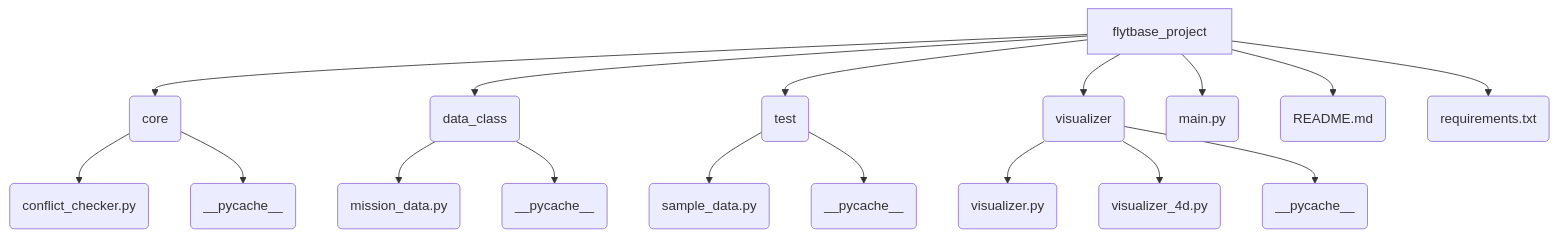
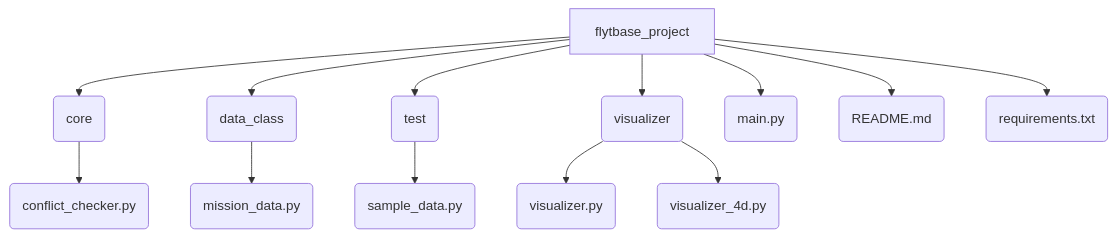
Before and after one commit to nishchayrobotics/drone-deconfliction-system: the diagram in README.md, drawn with Mermaid. The commit also changed other lines of this file and 5 other files, not shown here.

````diff
--- a/README.md
+++ b/README.md
@@ -82,25 +54,16 @@
 ```mermaid
 graph TD
     A[flytbase_project]
-    
     A --> B(core)
     B --> B1(conflict_checker.py)
-    B --> B2(__pycache__)
-    
     A --> C(data_class)
     C --> C1(mission_data.py)
-    C --> C2(__pycache__)
-    
     A --> D(test)
     D --> D1(sample_data.py)
-    D --> D2(__pycache__)
-    
     A --> E(visualizer)
     E --> E1(visualizer.py)
     E --> E2(visualizer_4d.py)
-    E --> E3(__pycache__)
-    
     A --> F(main.py)
     A --> G(README.md)
     A --> H(requirements.txt)
 ```
````
